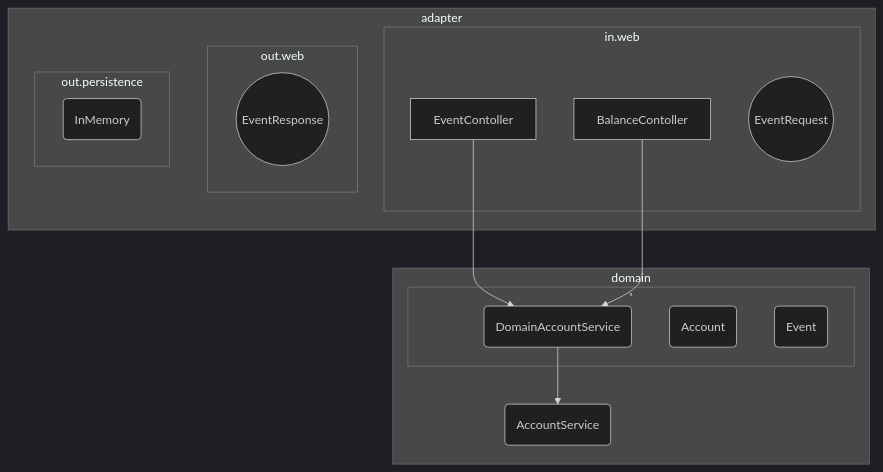
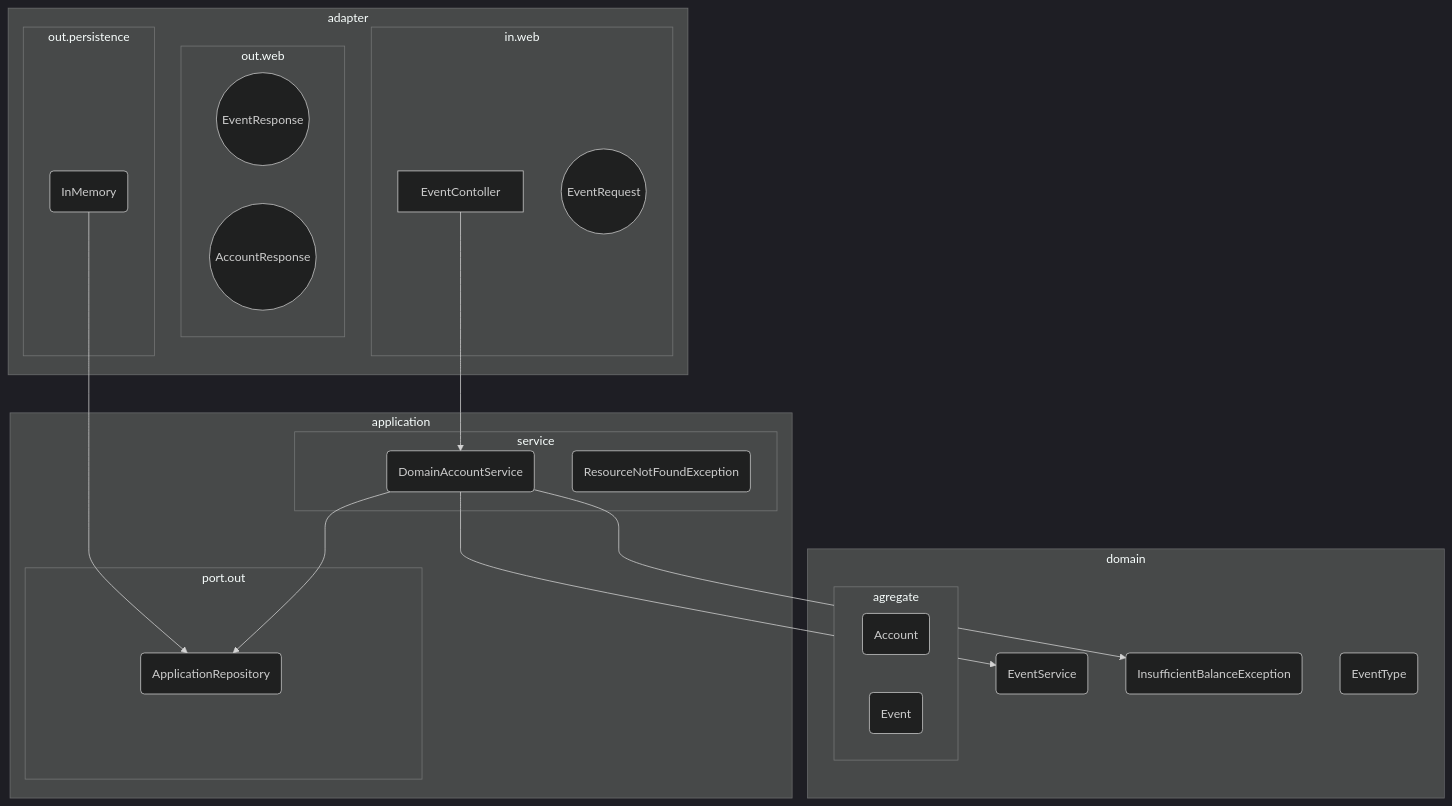
The diagram in README.md (andre-svager/ipkiss_pragmazero), drawn with Mermaid before and after one commit. The commit also changed other lines of this file and 16 other files, not shown here.

````diff
--- a/README.md
+++ b/README.md
@@ -26,31 +23,42 @@
 ```mermaid
 %%{init: {'theme': 'dark' } }%%
 graph TD
     subgraph adapter
     subgraph in.web
       EC[EventContoller]
-      BC[BalanceContoller]
       ER((EventRequest))
     end
     subgraph out.web
       ERS((EventResponse))
+      ARS((AccountResponse))
     end
     subgraph out.persistence
       IMR(InMemory)
     end 
     end
     subgraph domain
-    AS(AccountService)
-    subgraph '
-        DAS(DomainAccountService)
-        AC(Account)
-        EV(Event)
+      ES(EventService)
+      IBE(InsufficientBalanceException)
+      EVT(EventType)
+    
+    subgraph agregate
+      AC(Account)
+      EV(Event)
+    end
+    end
+    subgraph application
+    subgraph port.out
+      AR(ApplicationRepository)
+    end
+    subgraph service
+      DAS(DomainAccountService)
+      RNF(ResourceNotFoundException)
+    end
     end
     
-    end
-    
-    DAS --> AS
+    DAS --> ES
     EC --> DAS
-    BC --> DAS
-    
+    IMR --> AR 
+    DAS --> IBE
+    DAS --> AR
 ```
````
